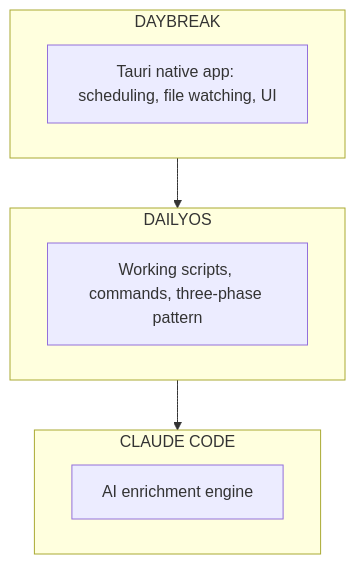
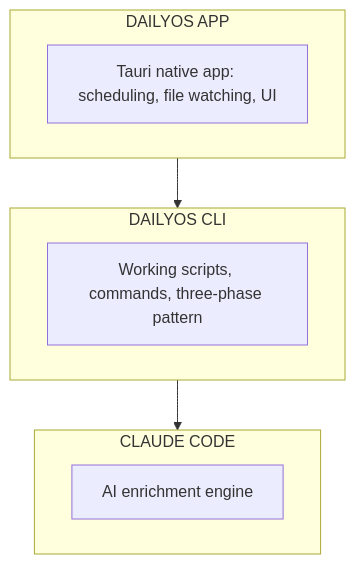
One commit to jamesgiroux/daily-operating-system changed the diagram in daybreak/docs/PRD.md. Above: the diagram before and after it, drawn with Mermaid. The commit also changed other lines of this file and 6 other files, not shown here.

First line of the commit message:
docs: Fix branding — DailyOS is product name, Daybreak is codename

````diff
--- a/daybreak/docs/PRD.md
+++ b/daybreak/docs/PRD.md
@@ -74,14 +74,14 @@
 ```mermaid
 flowchart TB
-    subgraph Daybreak["DAYBREAK"]
+    subgraph App["DAILYOS APP"]
         D_Desc["Tauri native app: scheduling, file watching, UI"]
     end
-    subgraph DailyOS["DAILYOS"]
+    subgraph DailyOS["DAILYOS CLI"]
         DOS_Desc["Working scripts, commands, three-phase pattern"]
     end
     subgraph Claude["CLAUDE CODE"]
         C_Desc["AI enrichment engine"]
     end
 
-    Daybreak --> DailyOS --> Claude
+    App --> DailyOS --> Claude
 ```
````
